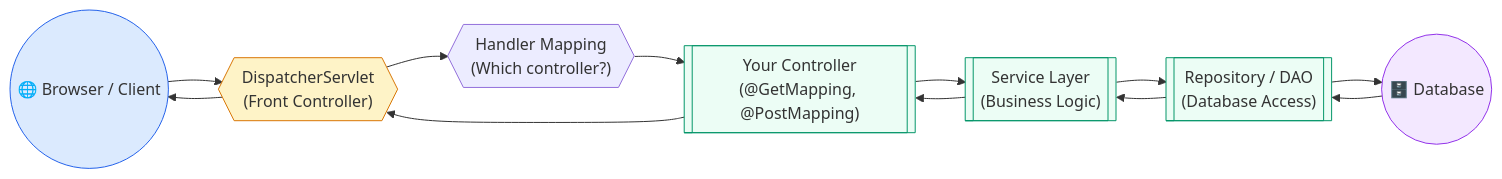
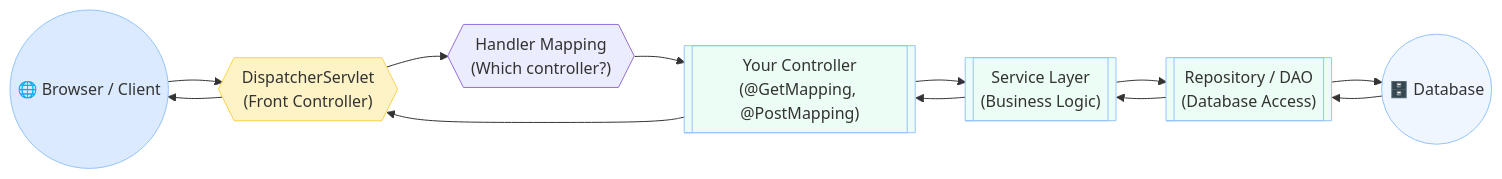
The sixth of 6 diagrams in docs/springboot/introduction.md (saivamsikaruturi/vamsilabs-dev-notes-main), drawn with Mermaid before and after one commit. The commit also changed other lines of this file and 220 other files, not shown here.

First line of the commit message:
Add 50+ new Java/Spring Boot pages, rewrite CSS code blocks to Oracle style, fix all diagram colors

````diff
--- a/docs/springboot/introduction.md
+++ b/docs/springboot/introduction.md
@@ -394,21 +399,21 @@
 ```mermaid
 flowchart LR
     Client(("🌐 Browser / Client")) --> DS{{"DispatcherServlet<br/>(Front Controller)"}}
     DS --> HM{{"Handler Mapping<br/>(Which controller?)"}}
     HM --> C[["Your Controller<br/>(@GetMapping, @PostMapping)"]]
     C --> S[["Service Layer<br/>(Business Logic)"]]
     S --> R[["Repository / DAO<br/>(Database Access)"]]
     R --> DB(("🗄️ Database"))
     DB --> R
     R --> S
     S --> C
     C --> DS
     DS --> Client
 
-    style Client fill:#DBEAFE,stroke:#2563EB
-    style DS fill:#FEF3C7,stroke:#D97706
-    style C fill:#ECFDF5,stroke:#059669
-    style S fill:#ECFDF5,stroke:#059669
-    style R fill:#ECFDF5,stroke:#059669
-    style DB fill:#F3E8FF,stroke:#9333EA
+    style Client fill:#DBEAFE,stroke:#93C5FD
+    style DS fill:#FEF3C7,stroke:#FCD34D
+    style C fill:#ECFDF5,stroke:#93C5FD
+    style S fill:#ECFDF5,stroke:#93C5FD
+    style R fill:#ECFDF5,stroke:#93C5FD
+    style DB fill:#EFF6FF,stroke:#93C5FD
 ```
````
